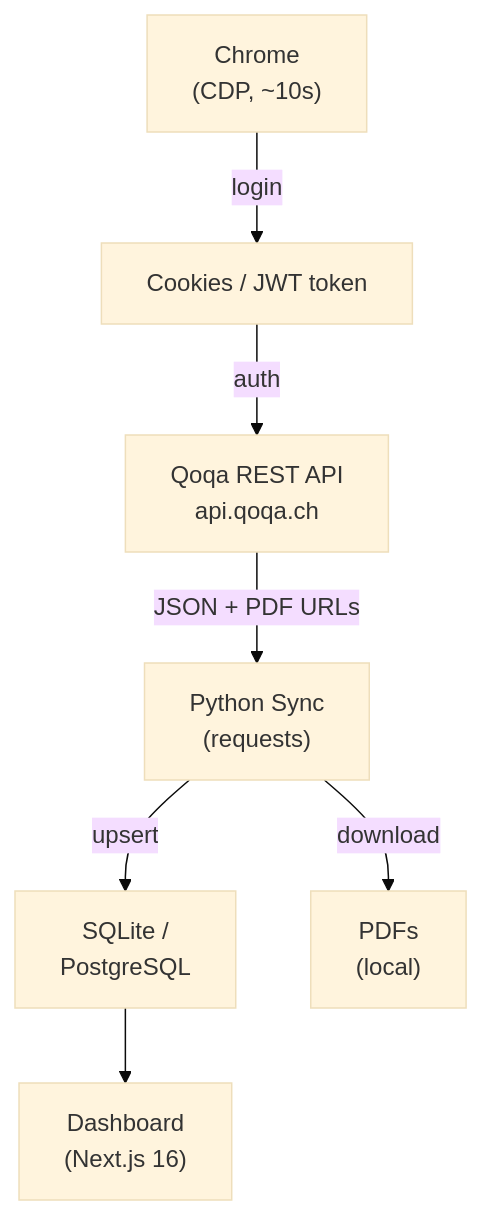
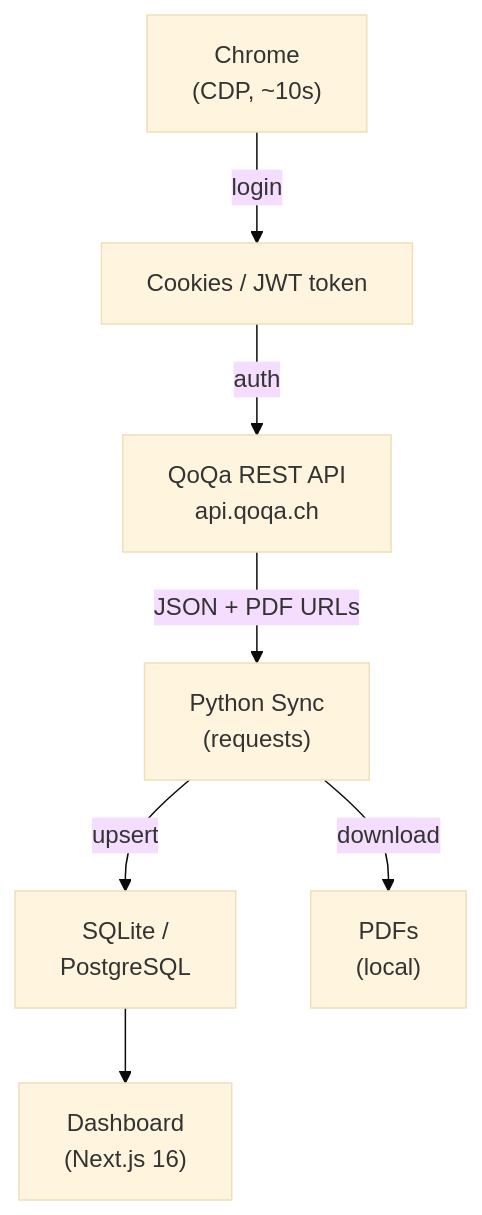
Before and after one commit to nyg/qoqa-compta: the diagram in docs/architecture.md, drawn with Mermaid (base theme). The commit also changed other lines of this file and 21 other files, not shown here.

Commit message:
feat: enrich orders schema, add UI columns, locale-aware formatting, and QoQa branding (#21)

````diff
--- a/docs/architecture.md
+++ b/docs/architecture.md
@@ -8,17 +8,17 @@
 ```mermaid
 flowchart TD
     Chrome["Chrome\n(CDP, ~10s)"]
     JWT["Cookies / JWT token"]
-    QoqaAPI["Qoqa REST API\napi.qoqa.ch"]
+    QoqaAPI["QoQa REST API\napi.qoqa.ch"]
     PythonSync["Python Sync\n(requests)"]
     DB["SQLite /\nPostgreSQL"]
     PDFs["PDFs\n(local)"]
     Dashboard["Dashboard\n(Next.js 16)"]
 
     Chrome -->|login| JWT
     JWT -->|auth| QoqaAPI
     QoqaAPI -->|"JSON + PDF URLs"| PythonSync
     PythonSync -->|upsert| DB
     PythonSync -->|download| PDFs
     DB --> Dashboard
 ```
````
